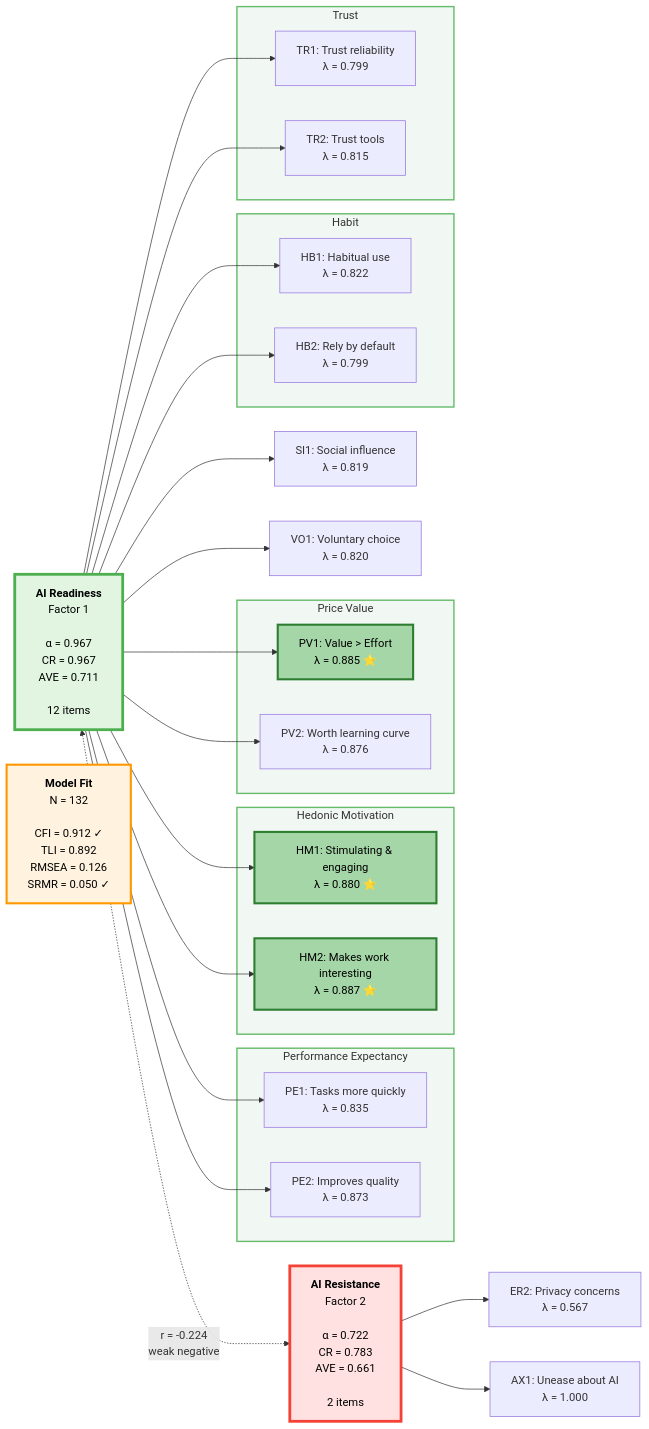
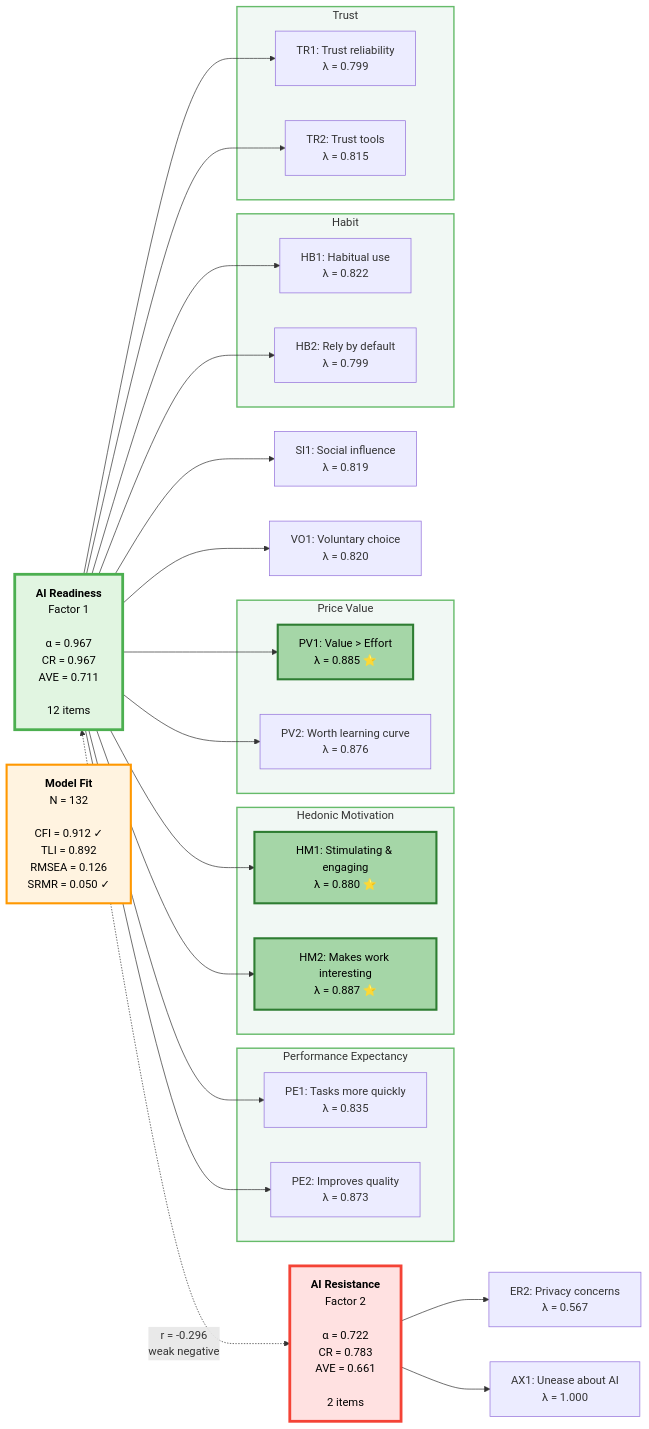
One commit to fabioc-aloha/AIRS_Data_Analysis changed the second of 3 diagrams in airs_professional/PROFESSIONALS_MODEL_TRACKING.md. Above: the diagram before and after it, drawn with Mermaid. The commit also changed other lines of this file and 115 other files, not shown here.

First line of the commit message:
Theoretical integration & research roadmap completion

````diff
--- a/airs_professional/PROFESSIONALS_MODEL_TRACKING.md
+++ b/airs_professional/PROFESSIONALS_MODEL_TRACKING.md
@@ -86,62 +86,62 @@
 ```mermaid
 graph LR
     %% Latent Factors
     F1["<b>AI Readiness</b><br/>Factor 1<br/><br/>α = 0.967<br/>CR = 0.967<br/>AVE = 0.711<br/><br/>12 items"]
     F2["<b>AI Resistance</b><br/>Factor 2<br/><br/>α = 0.722<br/>CR = 0.783<br/>AVE = 0.661<br/><br/>2 items"]
 
     %% Factor Correlation
-    F1 <-."r = -0.224<br/>weak negative".-> F2
+    F1 <-."r = -0.296<br/>weak negative".-> F2
 
     %% Factor 1 Items - Grouped by construct
     subgraph PE[" Performance Expectancy "]
         PE1["PE1: Tasks more quickly<br/>λ = 0.835"]
         PE2["PE2: Improves quality<br/>λ = 0.873"]
     end
 
     subgraph HM[" Hedonic Motivation "]
         HM1["HM1: Stimulating & engaging<br/>λ = 0.880 ⭐"]
         HM2["HM2: Makes work interesting<br/>λ = 0.887 ⭐"]
     end
 
     subgraph PV[" Price Value "]
         PV1["PV1: Value > Effort<br/>λ = 0.885 ⭐"]
         PV2["PV2: Worth learning curve<br/>λ = 0.876"]
     end
 
     subgraph HB[" Habit "]
         HB1["HB1: Habitual use<br/>λ = 0.822"]
         HB2["HB2: Rely by default<br/>λ = 0.799"]
     end
 
     subgraph TR[" Trust "]
         TR1["TR1: Trust reliability<br/>λ = 0.799"]
         TR2["TR2: Trust tools<br/>λ = 0.815"]
     end
 
     SI1["SI1: Social influence<br/>λ = 0.819"]
     VO1["VO1: Voluntary choice<br/>λ = 0.820"]
 
     %% Factor 2 Items
     ER2["ER2: Privacy concerns<br/>λ = 0.567"]
     AX1["AX1: Unease about AI<br/>λ = 1.000"]
 
     %% Connections
     F1 --> PE1 & PE2 & HM1 & HM2 & PV1 & PV2 & HB1 & HB2 & TR1 & TR2 & SI1 & VO1
     F2 --> ER2 & AX1
 
     %% Model Fit Box
     FIT["<b>Model Fit</b><br/>N = 132<br/><br/>CFI = 0.912 ✓<br/>TLI = 0.892<br/>RMSEA = 0.126<br/>SRMR = 0.050 ✓"]
 
     %% Styling
     style F1 fill:#e1f5e1,stroke:#4caf50,stroke-width:4px,color:#000
     style F2 fill:#ffe1e1,stroke:#f44336,stroke-width:4px,color:#000
     style HM2 fill:#a5d6a7,stroke:#2e7d32,stroke-width:3px,color:#000
     style PV1 fill:#a5d6a7,stroke:#2e7d32,stroke-width:3px,color:#000
     style HM1 fill:#a5d6a7,stroke:#2e7d32,stroke-width:3px,color:#000
     style FIT fill:#fff3e0,stroke:#ff9800,stroke-width:3px,color:#000
     style PE fill:#f1f8f4,stroke:#66bb6a,stroke-width:2px
     style HM fill:#f1f8f4,stroke:#66bb6a,stroke-width:2px
     style PV fill:#f1f8f4,stroke:#66bb6a,stroke-width:2px
     style HB fill:#f1f8f4,stroke:#66bb6a,stroke-width:2px
     style TR fill:#f1f8f4,stroke:#66bb6a,stroke-width:2px
 ```
````
